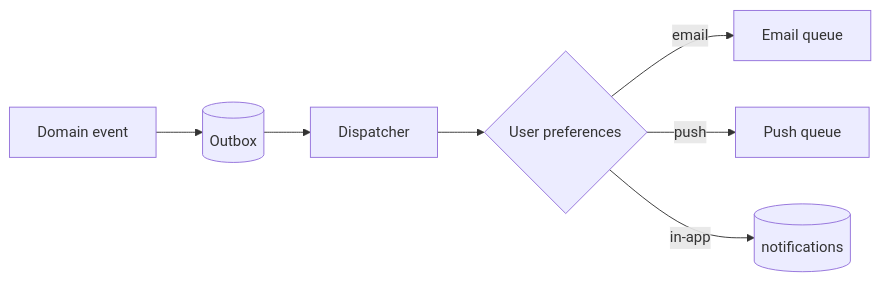
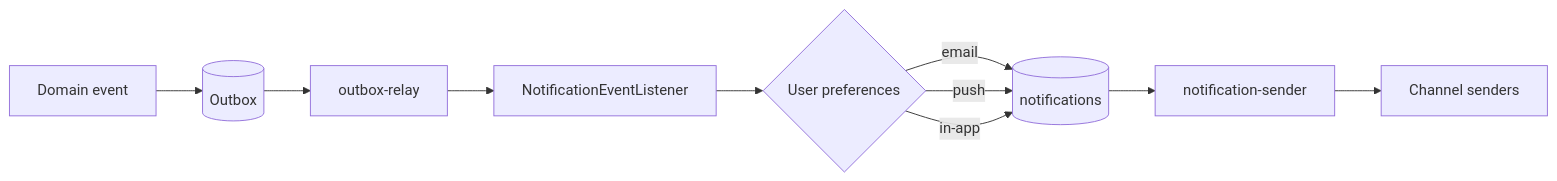
The ninth of 9 diagrams in docs/architecture.md (ismetcahangirov/ideanest), drawn with Mermaid before and after one commit. The commit also changed other lines of this file and 29 other files, not shown here.

First line of the commit message:
feat(notifications): build the event-driven notification service (#241)

````diff
--- a/docs/architecture.md
+++ b/docs/architecture.md
@@ -2960,9 +2961,12 @@
 ```mermaid
 graph LR
     Event[Domain event] --> Outbox[(Outbox)]
-    Outbox --> Dispatcher[Dispatcher]
-    Dispatcher --> Prefs{User preferences}
-    Prefs -->|email| EmailQ[Email queue]
-    Prefs -->|push| PushQ[Push queue]
-    Prefs -->|in-app| DB[(notifications)]
+    Outbox --> Relay[outbox-relay]
+    Relay --> Listener[NotificationEventListener]
+    Listener --> Prefs{User preferences}
+    Prefs -->|email| Q[(notifications)]
+    Prefs -->|push| Q
+    Prefs -->|in-app| Q
+    Q --> Sender[notification-sender]
+    Sender --> Channels[Channel senders]
 ```
````
